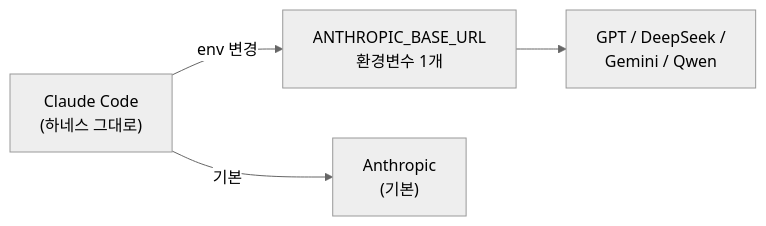
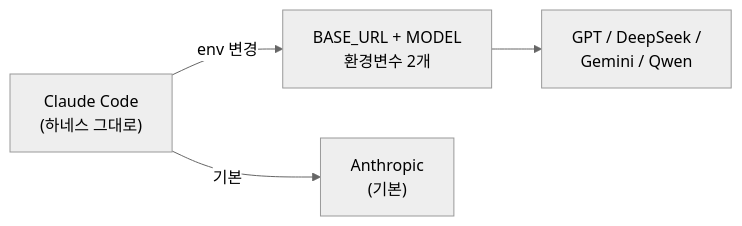
The diagram in content/docs/06-ecosystem/vibeproxy-and-alternatives.mdx (0doyun/cc-core), drawn with Mermaid (neutral theme) before and after one commit. The commit also changed other lines of this file and 15 other files, not shown here.

````diff
--- a/content/docs/06-ecosystem/vibeproxy-and-alternatives.mdx
+++ b/content/docs/06-ecosystem/vibeproxy-and-alternatives.mdx
@@ -14,10 +14,10 @@
 ```mermaid
 flowchart LR
     CC["Claude Code<br/>(하네스 그대로)"]
-    ENV["ANTHROPIC_BASE_URL<br/>환경변수 1개"]
+    ENV["BASE_URL + MODEL<br/>환경변수 2개"]
     A["Anthropic<br/>(기본)"]
     B["GPT / DeepSeek /<br/>Gemini / Qwen"]
 
     CC -->|기본| A
     CC -->|env 변경| ENV --> B
 ```
````
